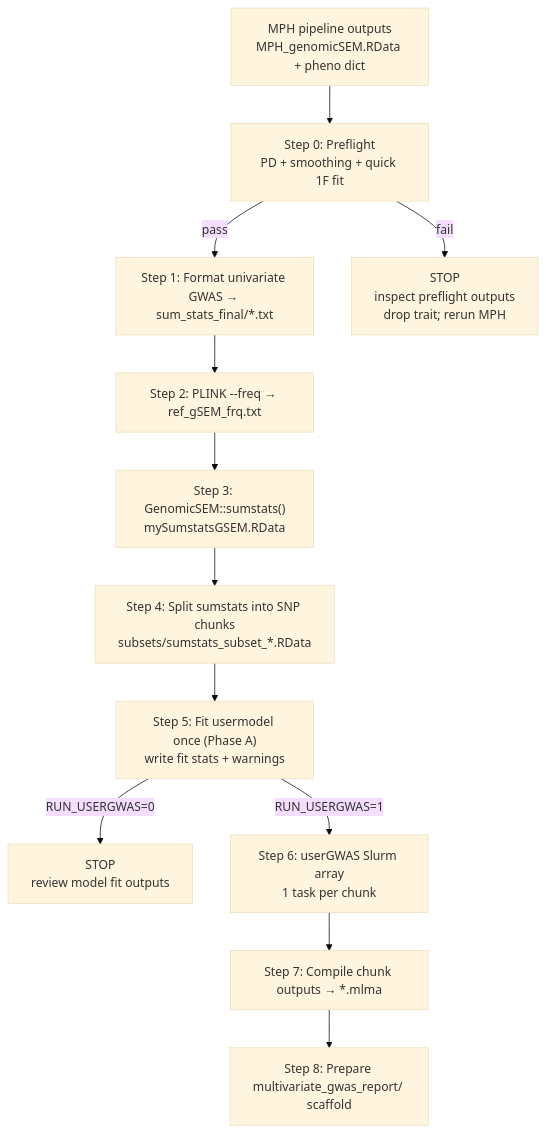
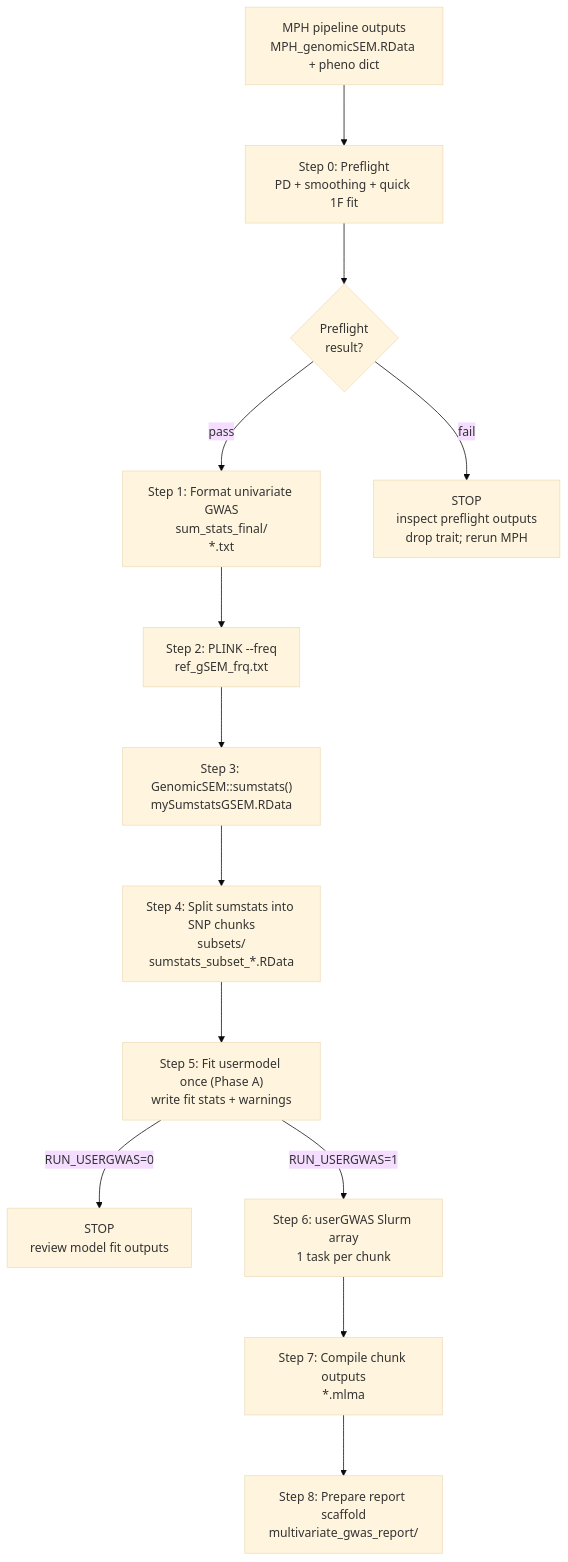
One commit to ApurvaChitre/gsem-pipeline changed the diagram in docs/PIPELINE_OVERVIEW.md. Above: the diagram before and after it, drawn with Mermaid (base theme).

Commit message:
Improve Mermaid layout and wrapping

````diff
--- a/docs/PIPELINE_OVERVIEW.md
+++ b/docs/PIPELINE_OVERVIEW.md
@@ -69,16 +69,19 @@
 ```mermaid
+%%{init: {"flowchart": {"diagramPadding": 20, "nodeSpacing": 70, "rankSpacing": 80, "useMaxWidth": true}}}%%
 flowchart TD
   A["MPH pipeline outputs<br/>MPH_genomicSEM.RData + pheno dict"] --> B["Step 0: Preflight<br/>PD + smoothing + quick 1F fit"]
-  B -->|pass| C["Step 1: Format univariate GWAS → sum_stats_final/*.txt"]
-  B -->|fail| Z["STOP<br/>inspect preflight outputs<br/>drop trait; rerun MPH"]
 
-  C --> D["Step 2: PLINK --freq → ref_gSEM_frq.txt"]
-  D --> E["Step 3: GenomicSEM::sumstats()<br/>mySumstatsGSEM.RData"]
-  E --> F["Step 4: Split sumstats into SNP chunks<br/>subsets/sumstats_subset_*.RData"]
-  F --> G["Step 5: Fit usermodel once (Phase A)<br/>write fit stats + warnings"]
+  B --> D{"Preflight<br/>result?"}
+  D -->|pass| C["Step 1: Format univariate GWAS<br/>sum_stats_final/<br/>*.txt"]
+  D -->|fail| Z["STOP<br/>inspect preflight outputs<br/>drop trait; rerun MPH"]
 
-  G -->|RUN_USERGWAS=0| H["STOP<br/>review model fit outputs"]
-  G -->|RUN_USERGWAS=1| I["Step 6: userGWAS Slurm array<br/>1 task per chunk"]
-  I --> J["Step 7: Compile chunk outputs → *.mlma"]
-  J --> K["Step 8: Prepare multivariate_gwas_report/ scaffold"]
+  C --> E["Step 2: PLINK --freq<br/>ref_gSEM_frq.txt"]
+  E --> F["Step 3: GenomicSEM::sumstats()<br/>mySumstatsGSEM.RData"]
+  F --> G["Step 4: Split sumstats into SNP chunks<br/>subsets/<br/>sumstats_subset_*.RData"]
+  G --> H["Step 5: Fit usermodel once (Phase A)<br/>write fit stats + warnings"]
+
+  H -->|RUN_USERGWAS=0| I["STOP<br/>review model fit outputs"]
+  H -->|RUN_USERGWAS=1| J["Step 6: userGWAS Slurm array<br/>1 task per chunk"]
+  J --> K["Step 7: Compile chunk outputs<br/>*.mlma"]
+  K --> L["Step 8: Prepare report scaffold<br/>multivariate_gwas_report/"]
 ```
````
